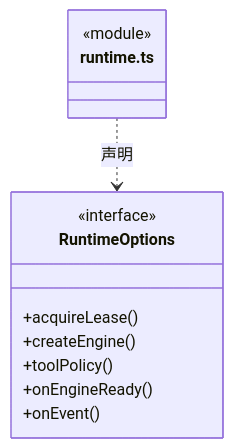
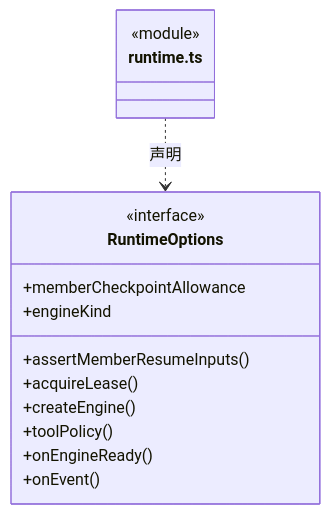
Before and after one commit to nan023062/cbim: the second of 3 diagrams in src/logic/execution/rules/runtime/ARCHITECTURE.md, drawn with Mermaid. The commit also changed other lines of this file and 87 other files, not shown here.

````diff
--- a/src/logic/execution/rules/runtime/ARCHITECTURE.md
+++ b/src/logic/execution/rules/runtime/ARCHITECTURE.md
@@ -70,15 +70,18 @@
 ```mermaid
 classDiagram
 class N_src_logic_execution_rules_runtime_runtime_ts["runtime.ts"] {
   <<module>>
 }
 class N_src_logic_execution_rules_runtime_runtime_ts_RuntimeOptions["RuntimeOptions"] {
   <<interface>>
+  +memberCheckpointAllowance
+  +assertMemberResumeInputs()
   +acquireLease()
+  +engineKind
   +createEngine()
   +toolPolicy()
   +onEngineReady()
   +onEvent()
 }
 N_src_logic_execution_rules_runtime_runtime_ts ..> N_src_logic_execution_rules_runtime_runtime_ts_RuntimeOptions : 声明
 ```
````
